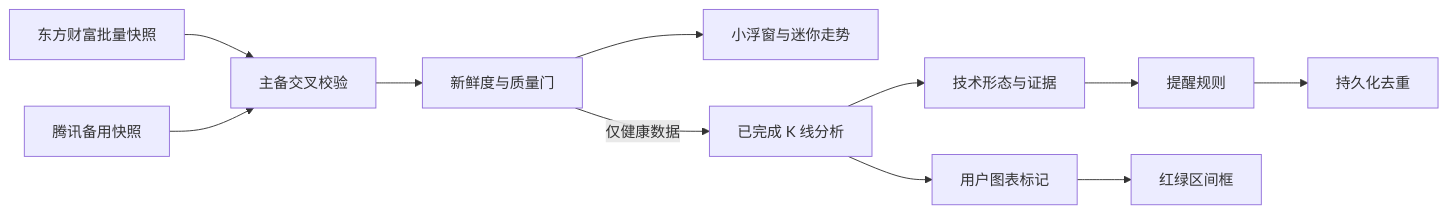
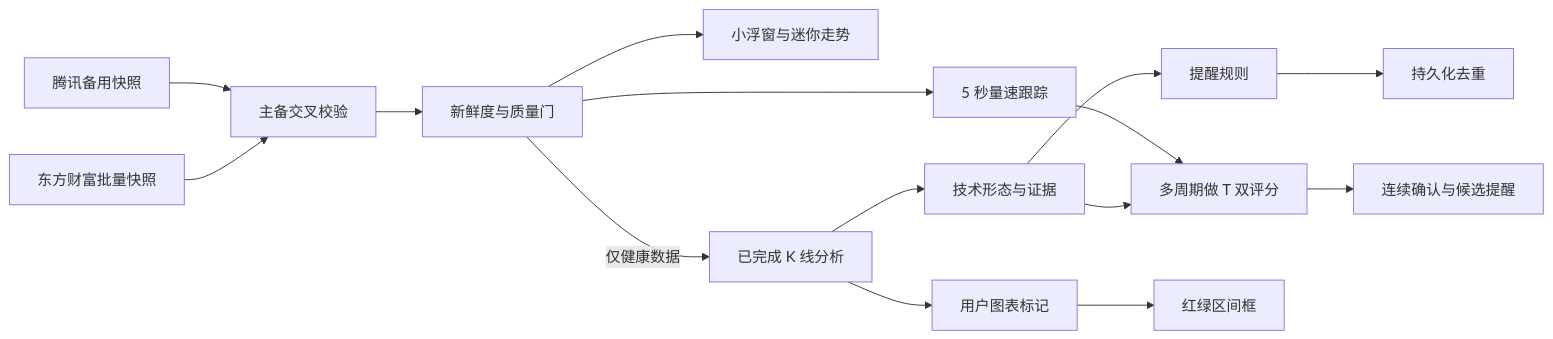
One commit to 4S4H1/stock-watchdog changed the diagram in docs/architecture.md. Above: the diagram before and after it, drawn with Mermaid. The commit also changed other lines of this file and 32 other files, not shown here.

````diff
--- a/docs/architecture.md
+++ b/docs/architecture.md
@@ -18,13 +18,17 @@
 ```mermaid
 flowchart LR
     A["东方财富批量快照"] --> C["主备交叉校验"]
     B["腾讯备用快照"] --> C
     C --> D["新鲜度与质量门"]
     D --> E["小浮窗与迷你走势"]
     D -->|仅健康数据| F["已完成 K 线分析"]
     F --> G["技术形态与证据"]
+    D --> L["5 秒量速跟踪"]
+    G --> M["多周期做 T 双评分"]
+    L --> M
+    M --> N["连续确认与候选提醒"]
     G --> H["提醒规则"]
     F --> I["用户图表标记"]
     I --> J["红绿区间框"]
     H --> K["持久化去重"]
 ```
````
